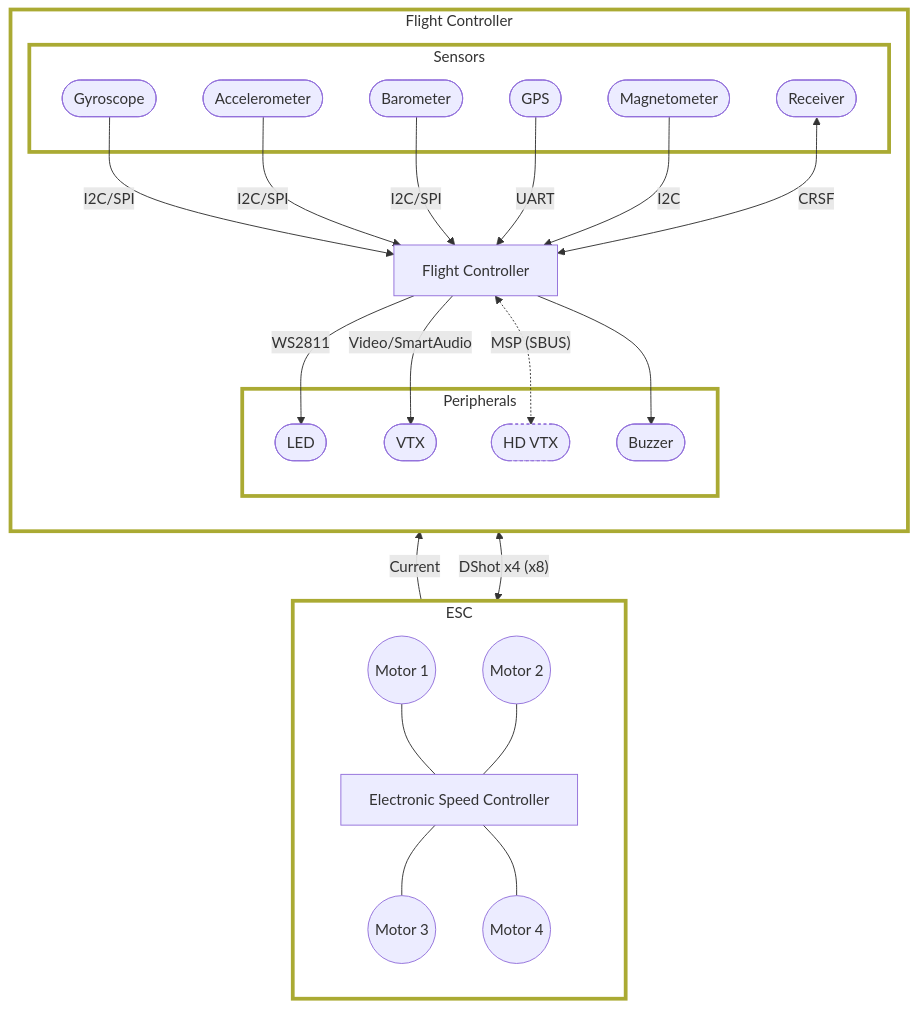
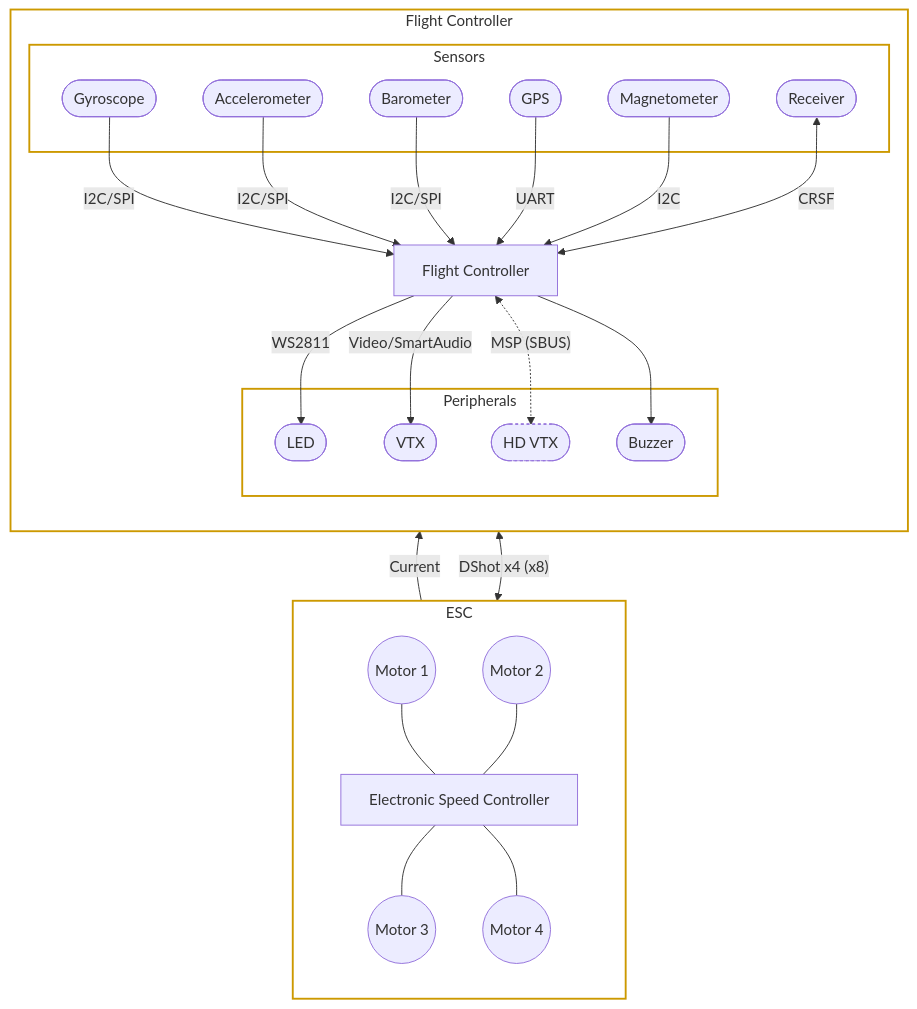
The first of 2 diagrams in docs/wiki/getting-started/index.md (betaflight/betaflight.com), drawn with Mermaid before and after one commit.

Commit message:
fix green color in flowchart boxes

````diff
--- a/docs/wiki/getting-started/index.md
+++ b/docs/wiki/getting-started/index.md
@@ -15,54 +15,54 @@
 ```mermaid
 %%{ init: { 'flowchart': { 'curve': 'basis' } } }%%
 flowchart BT
 
 subgraph fc-g [Flight Controller]
 	subgraph sens [Sensors]
 		gyro([Gyroscope])
 		acc([Accelerometer])
 		mag([Magnetometer])
 		gps([GPS])
 		baro([Barometer])
 		rx([Receiver])
 	end
 	subgraph periph [Peripherals]
 		led([LED])
 		vtx([VTX])
 		hdvtx([HD VTX])
 		buzz([Buzzer])
 	end
 	fc[Flight Controller]
 
 	gyro & acc & baro -- I2C/SPI --> fc
 	gps -- UART --> fc
 	mag -- I2C --> fc
 	rx <-- CRSF --> fc
 
 	fc -- WS2811 --> led
 	fc -- Video/SmartAudio --> vtx
 	fc <-. "MSP (SBUS)" .-> hdvtx
 	fc --> buzz
 
 end
 
 subgraph esc-g [ESC]
     m1((Motor 1))
 	m2((Motor 2))
 	m3((Motor 3))
 	m4((Motor 4))
     esc[Electronic Speed Controller]
 
     m1 & m2 --- esc
 
     esc --- m3 & m4
 end
 esc-g -- Current --> fc-g
 fc-g <-- "DShot x4 (x8)" --> esc-g
 
-style fc-g fill:transparent,stroke-width:4px
-style sens fill:transparent,stroke-width:4px
-style periph fill:transparent,stroke-width:4px
-style esc-g fill:transparent,stroke-width:4px
+style fc-g fill:transparent,stroke-width:2px,stroke:#c90
+style sens fill:transparent,stroke-width:2px,stroke:#c90
+style periph fill:transparent,stroke-width:2px,stroke:#c90
+style esc-g fill:transparent,stroke-width:2px,stroke:#c90
 style hdvtx stroke-dasharray: 3 3
 
 ```
````
